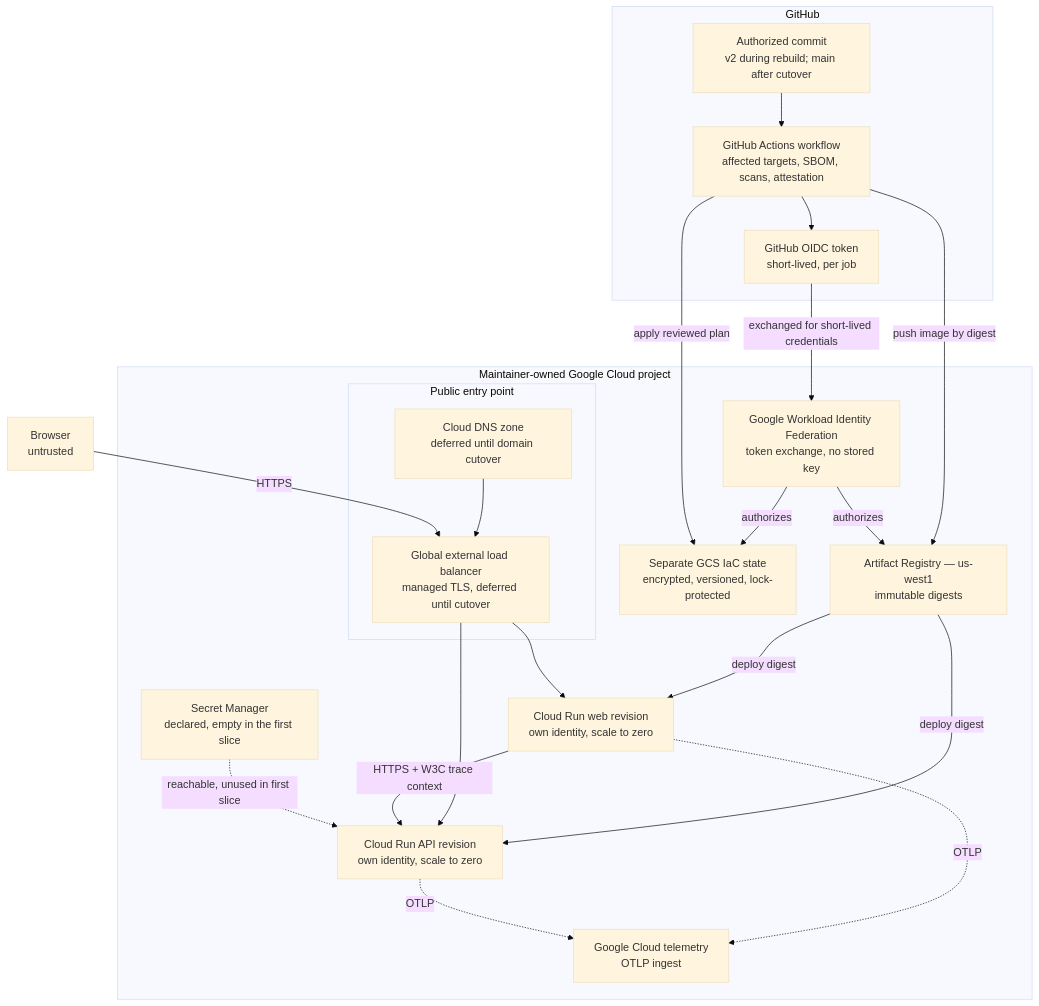
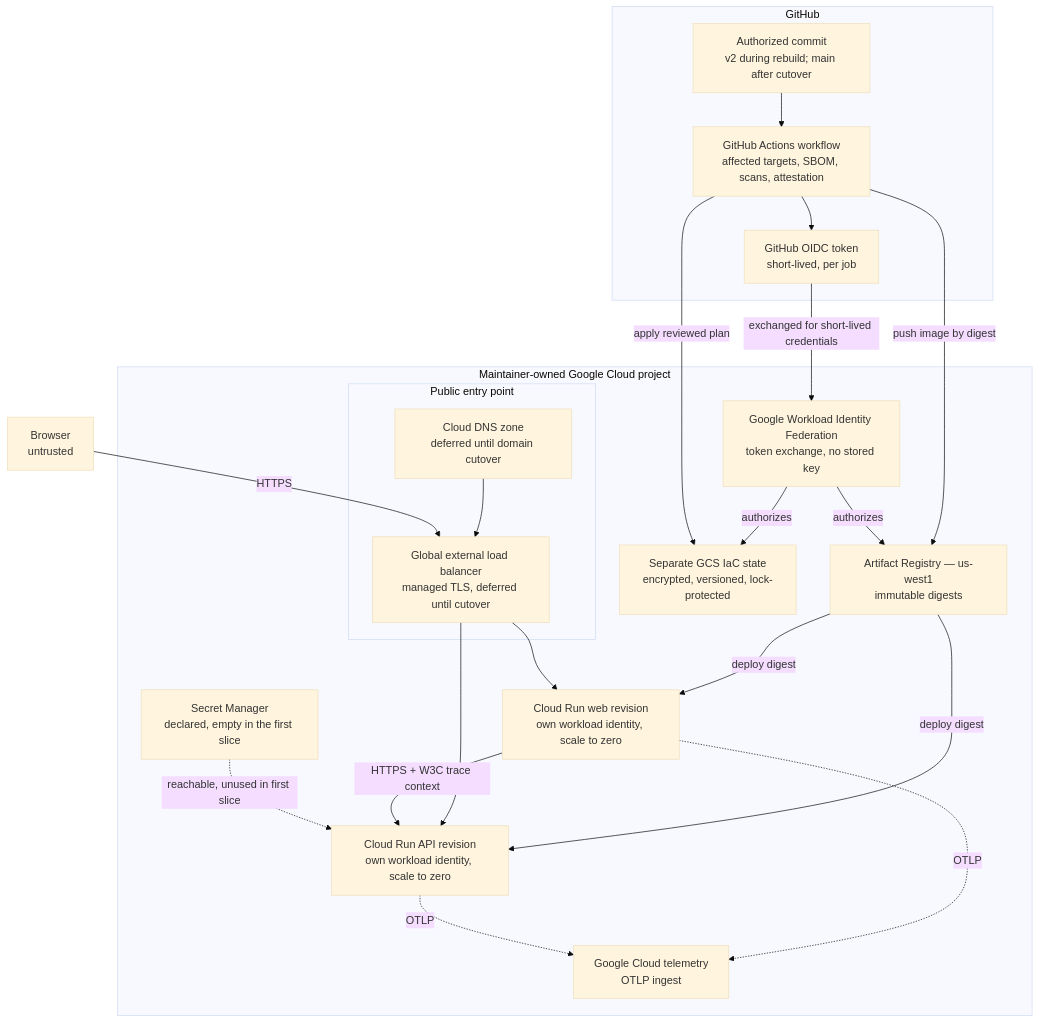
Before and after one commit to money-noodle/money-noodle: the first of 3 diagrams in docs/operations/deployment-composition.md, drawn with Mermaid (base theme). The commit also changed other lines of this file and 14 other files, not shown here.

Commit message:
Adopt principal and workload identity vocabulary (#55)

````diff
--- a/docs/operations/deployment-composition.md
+++ b/docs/operations/deployment-composition.md
@@ -263,44 +263,44 @@
 ```mermaid
 flowchart TB
     subgraph github["GitHub"]
         commit["Authorized commit<br/>v2 during rebuild; main after cutover"]
         actions["GitHub Actions workflow<br/>affected targets, SBOM, scans, attestation"]
         oidc["GitHub OIDC token<br/>short-lived, per job"]
     end
 
     subgraph provider["Maintainer-owned Google Cloud project"]
         wif["Google Workload Identity Federation<br/>token exchange, no stored key"]
         registry["Artifact Registry — us-west1<br/>immutable digests"]
         iacstate["Separate GCS IaC state<br/>encrypted, versioned, lock-protected"]
         secrets["Secret Manager<br/>declared, empty in the first slice"]
 
         subgraph entry["Public entry point"]
             dnszone["Cloud DNS zone<br/>deferred until domain cutover"]
             tls["Global external load balancer<br/>managed TLS, deferred until cutover"]
         end
 
-        webSvc["Cloud Run web revision<br/>own identity, scale to zero"]
-        apiSvc["Cloud Run API revision<br/>own identity, scale to zero"]
+        webSvc["Cloud Run web revision<br/>own workload identity, scale to zero"]
+        apiSvc["Cloud Run API revision<br/>own workload identity, scale to zero"]
         otel["Google Cloud telemetry<br/>OTLP ingest"]
     end
 
     browser["Browser<br/>untrusted"]
 
     commit --> actions
     actions --> oidc
     oidc -->|exchanged for short-lived credentials| wif
     actions -->|push image by digest| registry
     wif -->|authorizes| registry
     wif -->|authorizes| iacstate
     actions -->|apply reviewed plan| iacstate
     registry -->|deploy digest| webSvc
     registry -->|deploy digest| apiSvc
     dnszone --> tls
     tls --> webSvc
     tls --> apiSvc
     browser -->|HTTPS| tls
     webSvc -->|HTTPS + W3C trace context| apiSvc
     secrets -. "reachable, unused in first slice" .-> apiSvc
     webSvc -. "OTLP" .-> otel
     apiSvc -. "OTLP" .-> otel
 ```
````
